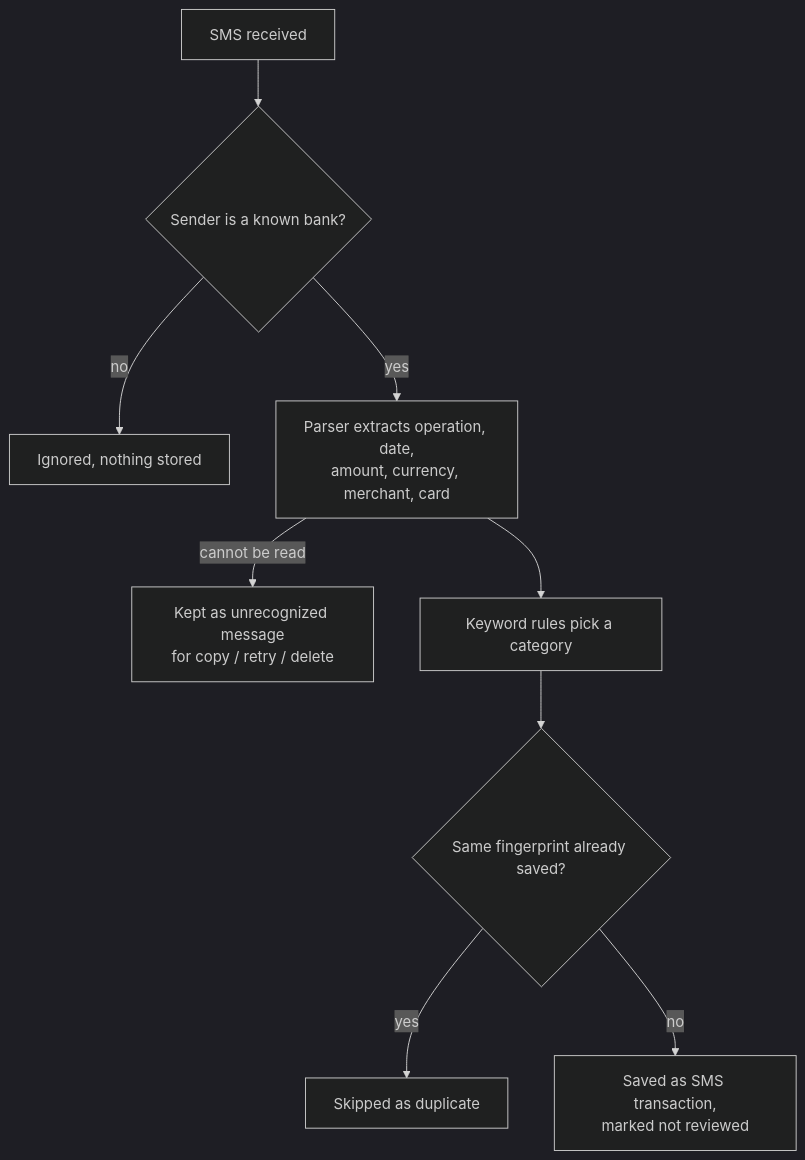
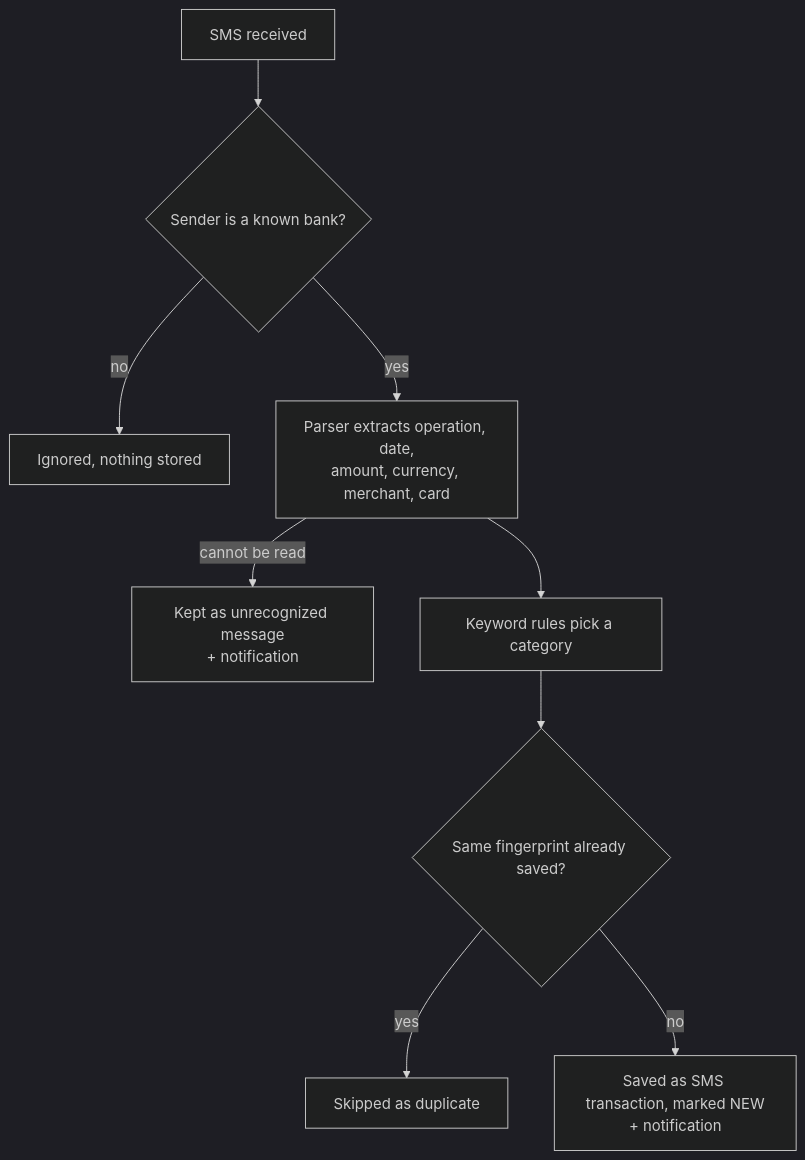
One commit to Schnapsi93/SpendingTracker changed the second of 2 diagrams in README.md. Above: the diagram before and after it, drawn with Mermaid (dark theme). The commit also changed other lines of this file and 9 other files, not shown here.

````diff
--- a/README.md
+++ b/README.md
@@ -239,11 +279,11 @@
 ```mermaid
 flowchart TD
     A[SMS received] --> B{Sender is a known bank?}
     B -- no --> X[Ignored, nothing stored]
     B -- yes --> C[Parser extracts operation, date,<br/>amount, currency, merchant, card]
-    C -- cannot be read --> U[Kept as unrecognized message<br/>for copy / retry / delete]
+    C -- cannot be read --> U[Kept as unrecognized message<br/>+ notification]
     C --> D[Keyword rules pick a category]
     D --> E{Same fingerprint already saved?}
     E -- yes --> F[Skipped as duplicate]
-    E -- no --> G[Saved as SMS transaction,<br/>marked not reviewed]
+    E -- no --> G[Saved as SMS transaction, marked NEW<br/>+ notification]
 ```
````
